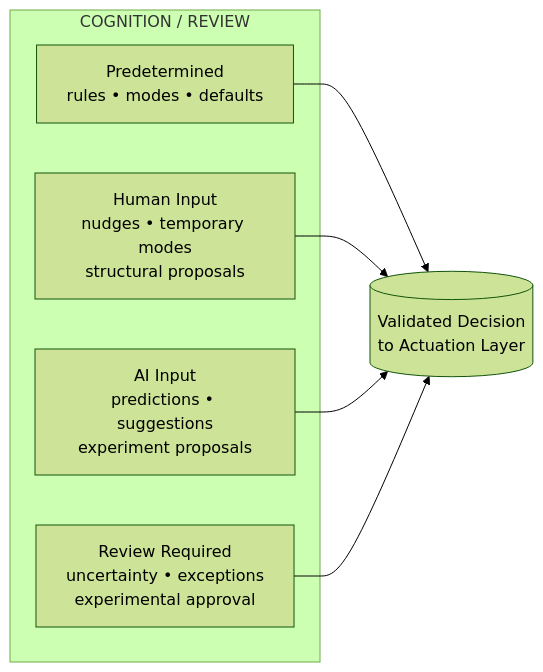
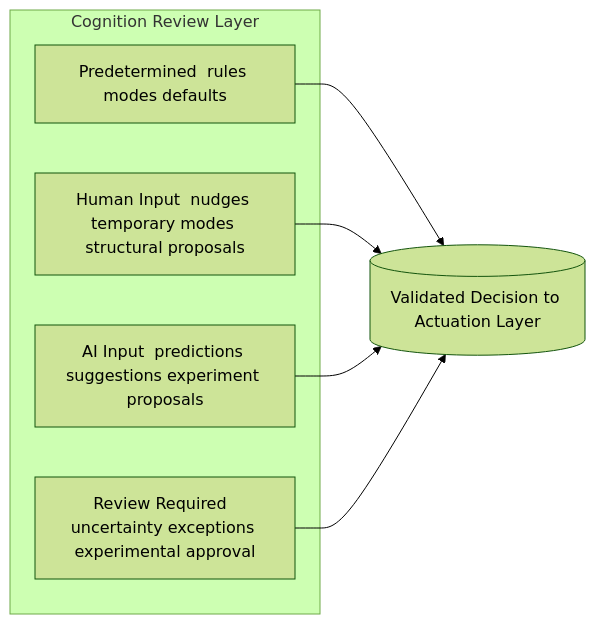
The diagram in cognition.mmd (podesc/ha_guidance), drawn with Mermaid (forest theme) before and after one commit.

Commit message:
Refactor Cognition flowchart for clarity

```diff
--- a/cognition.mmd
+++ b/cognition.mmd
@@ -1,14 +1,14 @@
 flowchart LR
-  subgraph Cognition[COGNITION / REVIEW]
-    R1[Predetermined<br/>rules • modes • defaults]
-    R2[Human Input<br/>nudges • temporary modes<br/>structural proposals]
-    R3[AI Input<br/>predictions • suggestions<br/>experiment proposals]
-    R4[Review Required<br/>uncertainty • exceptions<br/>experimental approval]
+  subgraph CognitionReview [Cognition Review Layer]
+    R1[Predetermined  rules modes defaults]
+    R2[Human Input  nudges temporary modes structural proposals]
+    R3[AI Input  predictions suggestions experiment proposals]
+    R4[Review Required  uncertainty exceptions experimental approval]
   end
 
   R1 --> OUT
   R2 --> OUT
   R3 --> OUT
   R4 --> OUT
 
-  OUT[(Validated Decision<br/>to Actuation Layer)]
+  OUT[(Validated Decision to Actuation Layer)]
```
